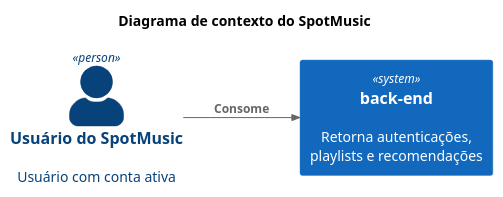
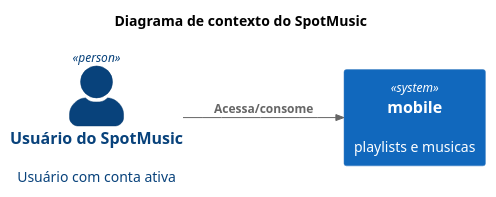
The diagram in c4/01_01_context.puml (spotmusic-grupo-9/spotmusic_docs), drawn with PlantUML before and after one commit. The commit also changed 1 other file, not shown here.

```diff
--- a/c4/01_01_context.puml
+++ b/c4/01_01_context.puml
@@ -1,15 +1,15 @@
 @startuml
 !include https://raw.githubusercontent.com/plantuml-stdlib/C4-PlantUML/master/C4_Context.puml
 
 SHOW_PERSON_PORTRAIT()
 LAYOUT_LEFT_RIGHT()
 
 title Diagrama de contexto do SpotMusic
 
 Person(usuario, "Usuário do SpotMusic", "Usuário com conta ativa")
 
-System(backend, "back-end", "Retorna autenticações, playlists e recomendações")
+System(mobile, "mobile", "playlists e musicas")
 
-Rel(usuario, backend, "Consome")
+Rel(usuario, mobile, "Acessa/consome")
 
 @enduml
```
